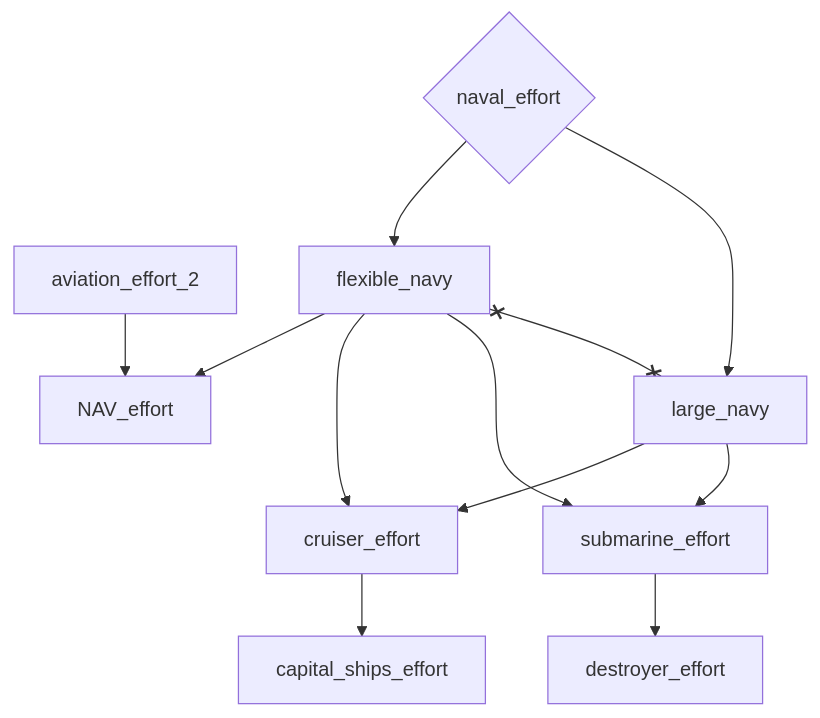
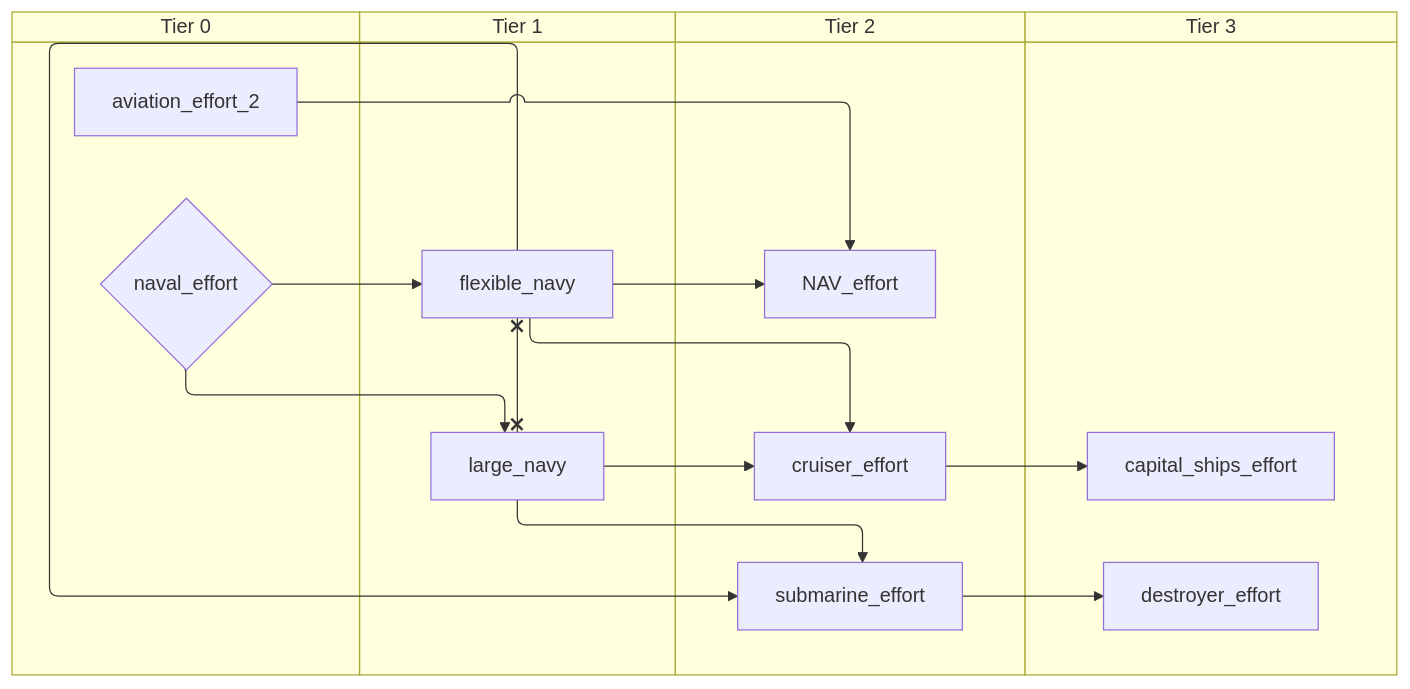
Before and after one commit to evgeny-sobol/hoi4-sandbox-mode: the fourth of 5 diagrams in docs/gdd/National Focuses/generic.md, drawn with Mermaid. The commit also changed other lines of this file and 80 other files, not shown here.

First line of the commit message:
Add swimlane mode to focus graph exporter

````diff
--- a/docs/gdd/National Focuses/generic.md
+++ b/docs/gdd/National Focuses/generic.md
@@ -96,23 +128,31 @@
 ```mermaid
-flowchart TD
-    n13["NAV_effort"]
-    n4["aviation_effort_2"]
-    n32["capital_ships_effort"]
-    n33["cruiser_effort"]
-    n34["destroyer_effort"]
-    n17["flexible_navy"]
-    n35["large_navy"]
-    n36{"naval_effort"}
-    n37["submarine_effort"]
-    n4 --> n13
-    n17 --> n13
-    n33 --> n32
-    n35 --> n33
-    n17 --> n33
-    n37 --> n34
-    n36 --> n17
-    n36 --> n35
-    n17 --> n37
+swimlane-beta TD
+    subgraph tier_0["Tier 0"]
+        n2["aviation_effort_2"]
+        n32{"naval_effort"}
+    end
+    subgraph tier_1["Tier 1"]
+        n14["flexible_navy"]
+        n33["large_navy"]
+    end
+    subgraph tier_2["Tier 2"]
+        n18["NAV_effort"]
+        n34["cruiser_effort"]
+        n35["submarine_effort"]
+    end
+    subgraph tier_3["Tier 3"]
+        n36["capital_ships_effort"]
+        n37["destroyer_effort"]
+    end
+    n2 --> n18
+    n14 --> n18
+    n34 --> n36
+    n33 --> n34
+    n14 --> n34
     n35 --> n37
-    n17 x--x n35
+    n32 --> n14
+    n32 --> n33
+    n14 --> n35
+    n33 --> n35
+    n14 x--x n33
 ```
````
